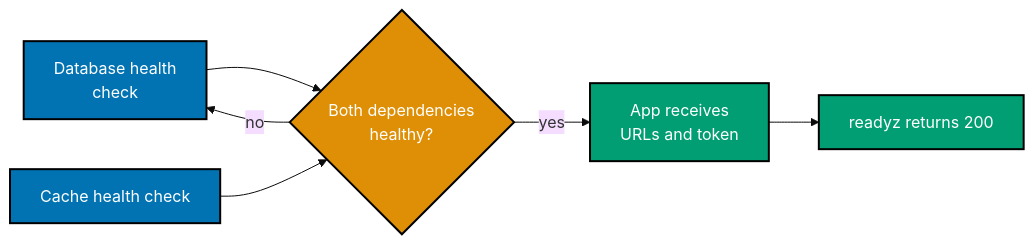
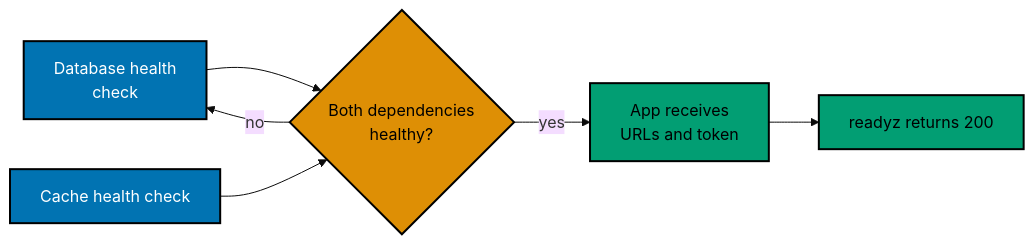
Before and after one commit to wahidyankf/ose-public: the fifth of 17 diagrams in apps/ayokoding-www/content/en/learn/courses/containers-and-orchestration/learning/intermediate.md, drawn with Mermaid (base theme). The commit also changed other lines of this file and 144 other files, not shown here.

First line of the commit message:
fix(mermaid): bring the first half of the courses diagrams onto the accessible palette

````diff
--- a/apps/ayokoding-www/content/en/learn/courses/containers-and-orchestration/learning/intermediate.md
+++ b/apps/ayokoding-www/content/en/learn/courses/containers-and-orchestration/learning/intermediate.md
@@ -271,16 +283,19 @@
 ```mermaid
 %% Color Palette: Blue #0173B2, Orange #DE8F05, Teal #029E73; color-blind friendly WCAG AA palette
 graph LR
+    accTitle: Example 34: Compose app, DB, and cache
+    accDescr: Graph with 5 nodes and 5 connections. Nodes: Database health check, Cache health check, Both dependencies healthy?, App receives URLs and token, readyz returns 200. Connections: Database health check to Both dependencies healthy?, Cache health check to Both dependencies healthy?, Both dependencies healthy? to App receives URLs and token (yes), App receives URLs and token to readyz returns 200, Both dependencies healthy? to Database health check (no).
     DB["Database health<br/>check"]:::blue
     CACHE["Cache health check"]:::blue
     G{"Both dependencies<br/>healthy?"}:::orange
     APP["App receives<br/>URLs and token"]:::teal
     READY["readyz returns 200"]:::teal
     DB --> G
     CACHE --> G
     G -->|"yes"| APP --> READY
     G -->|"no"| DB
     classDef blue fill:#0173B2,stroke:#000000,color:#FFFFFF,stroke-width:2px
-    classDef teal fill:#029E73,stroke:#000000,color:#FFFFFF,stroke-width:2px
-    classDef orange fill:#DE8F05,stroke:#000000,color:#FFFFFF,stroke-width:2px
+    classDef teal fill:#029E73,stroke:#000000,color:#000000,stroke-width:2px
+    classDef orange fill:#DE8F05,stroke:#000000,color:#000000,stroke-width:2px
+    classDef default fill:#FFFFFF,stroke:#000000,color:#000000
 ```
````
